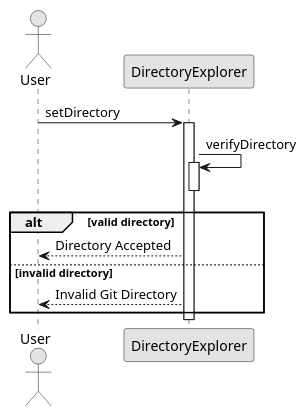
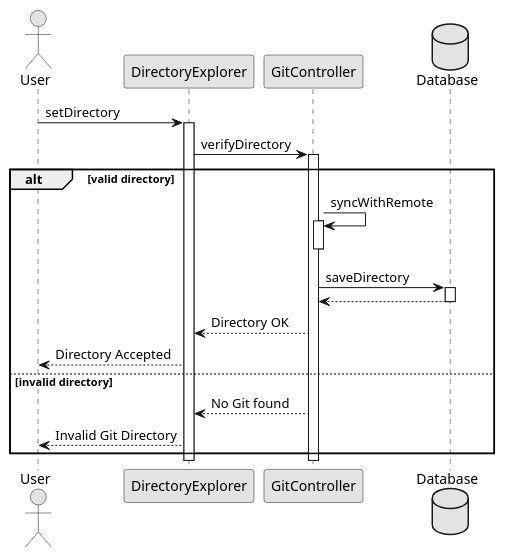
The diagram in docs/res/seq1.pu (imdar1/GitMonitor), drawn with PlantUML before and after one commit. The commit also changed 2 other files, not shown here.

Commit message:
Add class diagram, update use case

```diff
--- a/docs/res/seq1.pu
+++ b/docs/res/seq1.pu
@@ -1,20 +1,31 @@
 @startuml sequence_diagram1
 skinparam monochrome true
 actor User as user
 participant "DirectoryExplorer" as a1
+participant "GitController" as a2
+database "Database" as db
 
 user -> a1: setDirectory
 activate a1
 
-a1 -> a1: verifyDirectory
-activate a1
-deactivate a1
+a1 -> a2: verifyDirectory
+activate a2
 
 alt valid directory
+    a2 -> a2: syncWithRemote
+    activate a2
+    deactivate a2
+    a2 -> db: saveDirectory
+    activate db
+    db --> a2
+    deactivate db
+    a2 --> a1: Directory OK
     a1 --> user: Directory Accepted
 else invalid directory
+    a2 --> a1: No Git found
     a1 --> user: Invalid Git Directory
 end
+deactivate a2
 deactivate a1
 
 @enduml
```
